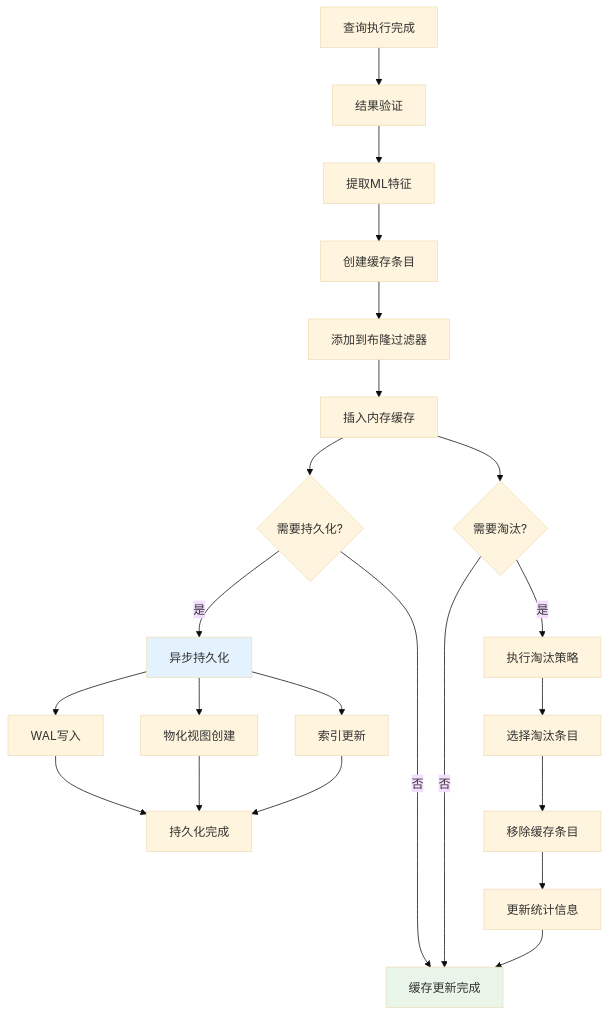
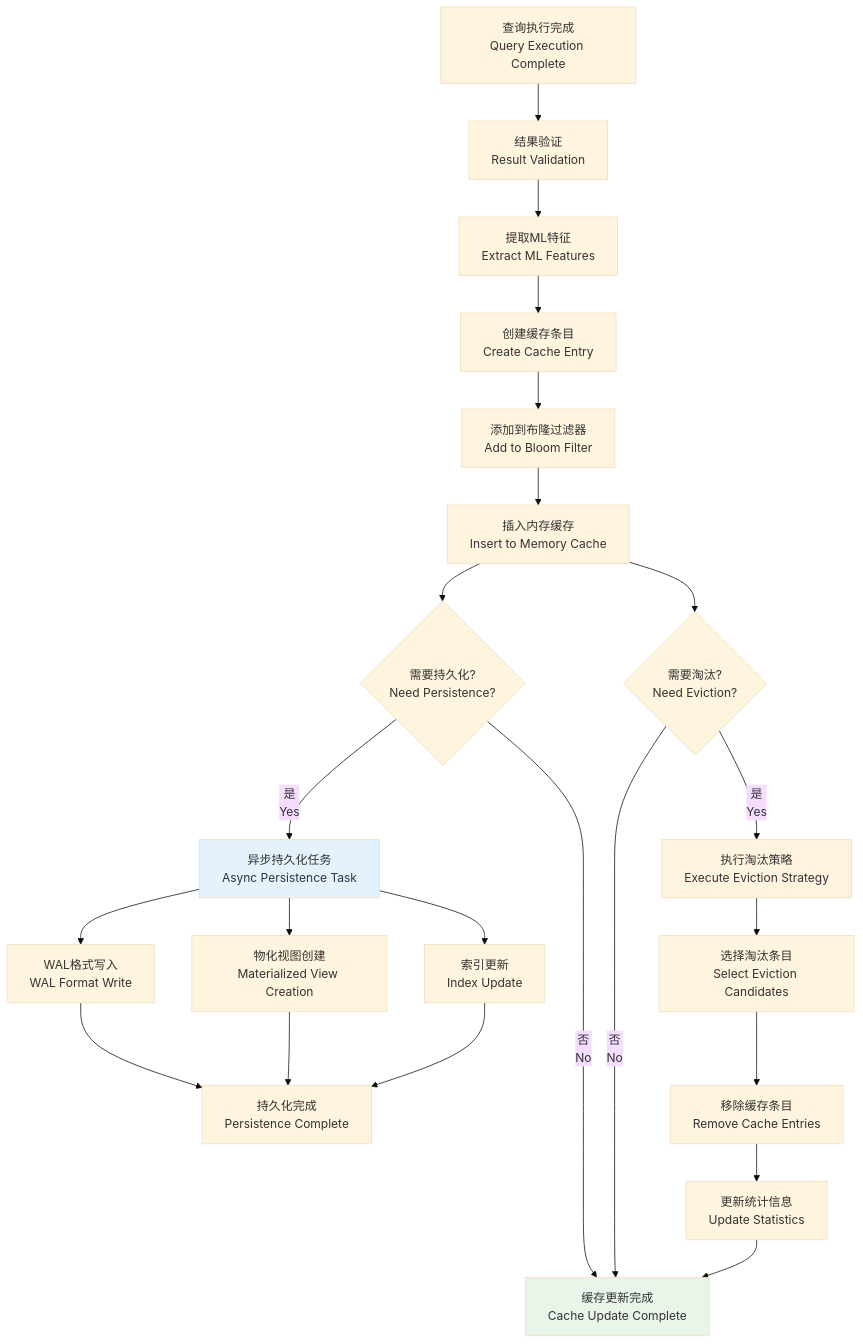
Before and after one commit to crazypenguincode/duckdb: the eighth of 13 diagrams in md/第三章-动态缓存管理.md, drawn with Mermaid (base theme). The commit also changed other lines of this file and 361 other files, not shown here.

````diff
--- a/md/第三章-动态缓存管理.md
+++ b/md/第三章-动态缓存管理.md
@@ -581,32 +1101,33 @@
 ```mermaid
 graph TD
-    A[查询执行完成] --> B[结果验证]
-    B --> C[提取ML特征]
-    C --> D[创建缓存条目]
-    D --> E[添加到布隆过滤器]
-    E --> F[插入内存缓存]
+    A[查询执行完成<br/>Query Execution Complete] --> B[结果验证<br/>Result Validation]
+    B --> C[提取ML特征<br/>Extract ML Features]
+    C --> D[创建缓存条目<br/>Create Cache Entry]
+    D --> E[添加到布隆过滤器<br/>Add to Bloom Filter]
+    E --> F[插入内存缓存<br/>Insert to Memory Cache]
     
-    F --> G{需要持久化?}
-    G --> |是| H[异步持久化]
-    G --> |否| I[缓存更新完成]
+    F --> G{需要持久化?<br/>Need Persistence?}
+    G --> |是<br/>Yes| H[异步持久化任务<br/>Async Persistence Task]
+    G --> |否<br/>No| I[缓存更新完成<br/>Cache Update Complete]
     
-    H --> J[WAL写入]
-    H --> K[物化视图创建]
-    H --> L[索引更新]
+    H --> J[WAL格式写入<br/>WAL Format Write]
+    H --> K[物化视图创建<br/>Materialized View Creation]
+    H --> L[索引更新<br/>Index Update]
     
-    J --> M[持久化完成]
+    J --> M[持久化完成<br/>Persistence Complete]
     K --> M
     L --> M
     
-    F --> N{需要淘汰?}
-    N --> |是| O[执行淘汰策略]
-    N --> |否| I
+    F --> N{需要淘汰?<br/>Need Eviction?}
+    N --> |是<br/>Yes| O[执行淘汰策略<br/>Execute Eviction Strategy]
+    N --> |否<br/>No| I
     
-    O --> P[选择淘汰条目]
-    P --> Q[移除缓存条目]
-    Q --> R[更新统计信息]
+    O --> P[选择淘汰条目<br/>Select Eviction Candidates]
+    P --> Q[移除缓存条目<br/>Remove Cache Entries]
+    Q --> R[更新统计信息<br/>Update Statistics]
     R --> I
     
     style I fill:#e8f5e8
     style H fill:#e3f2fd
+    style O fill:#fff3e0
 ```
````
